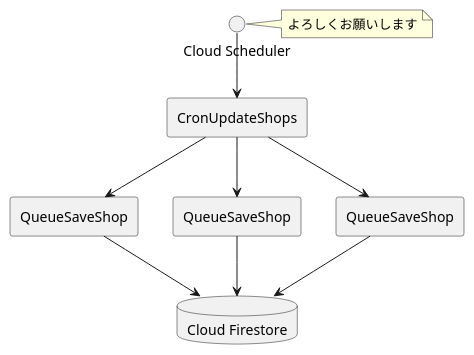
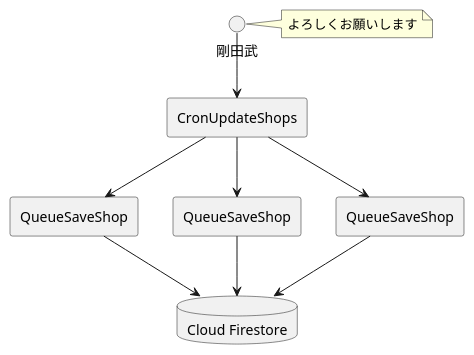
The diagram in puml/test.puml (daichi-kiyozaki/puml_GA), drawn with PlantUML before and after one commit. The commit also changed 2 other files, not shown here.

```diff
--- a/puml/test.puml
+++ b/puml/test.puml
@@ -1,21 +1,21 @@
 @startuml
 skinparam {
    defaultFontName NotoSansCJKjp-Regular
    }
-   interface "Cloud Scheduler" as CloudScheduler
+   interface "剛田武" as CloudScheduler
    note right of CloudScheduler : よろしくお願いします
 
    agent CronUpdateShops
    agent QueueSaveShop as QueueSaveShop1
    agent QueueSaveShop as QueueSaveShop2
    agent QueueSaveShop as QueueSaveShop3
    database "Cloud Firestore" as CloudFirestore
 
    CloudScheduler -down-> CronUpdateShops
    CronUpdateShops -down-> QueueSaveShop1
    CronUpdateShops -down-> QueueSaveShop2
    CronUpdateShops -down-> QueueSaveShop3
    QueueSaveShop1 -down-> CloudFirestore
    QueueSaveShop2 -down-> CloudFirestore
    QueueSaveShop3 -down-> CloudFirestore
 @enduml
```
